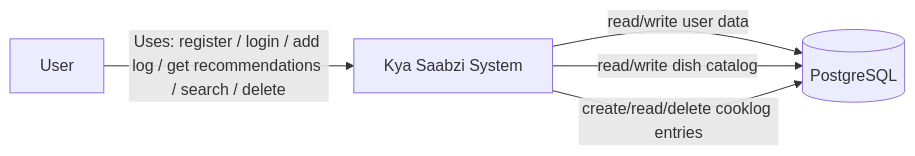
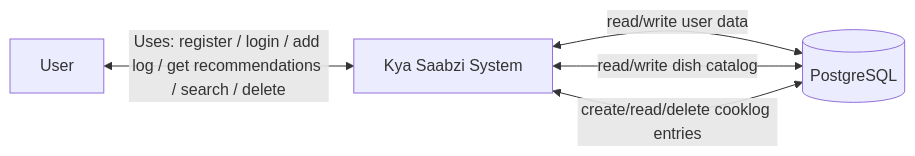
One commit to manav-gkmit/kya-saabzi-docs changed the first of 2 diagrams in docs/architecture/data-flow.md. Above: the diagram before and after it, drawn with Mermaid. The commit also changed other lines of this file and 10 other files, not shown here.

````diff
--- a/docs/architecture/data-flow.md
+++ b/docs/architecture/data-flow.md
@@ -10,9 +10,9 @@
 ```mermaid
 flowchart LR
-    User["User"] -- Uses: register / login / add log / get recommendations / search / delete --> System["Kya Saabzi System"]
-    System -- read/write user data --> UsersDB["PostgreSQL"]
-    System -- read/write dish catalog --> UsersDB
-    System -- create/read/delete cooklog entries --> UsersDB
+    User["User"] <-- Uses: register / login / add log / get recommendations / search / delete --> System["Kya Saabzi System"]
+    System <-- read/write user data --> UsersDB["PostgreSQL"]
+    System <-- read/write dish catalog --> UsersDB
+    System <-- create/read/delete cooklog entries --> UsersDB
 
     UsersDB@{ shape: db}
 ```
````
